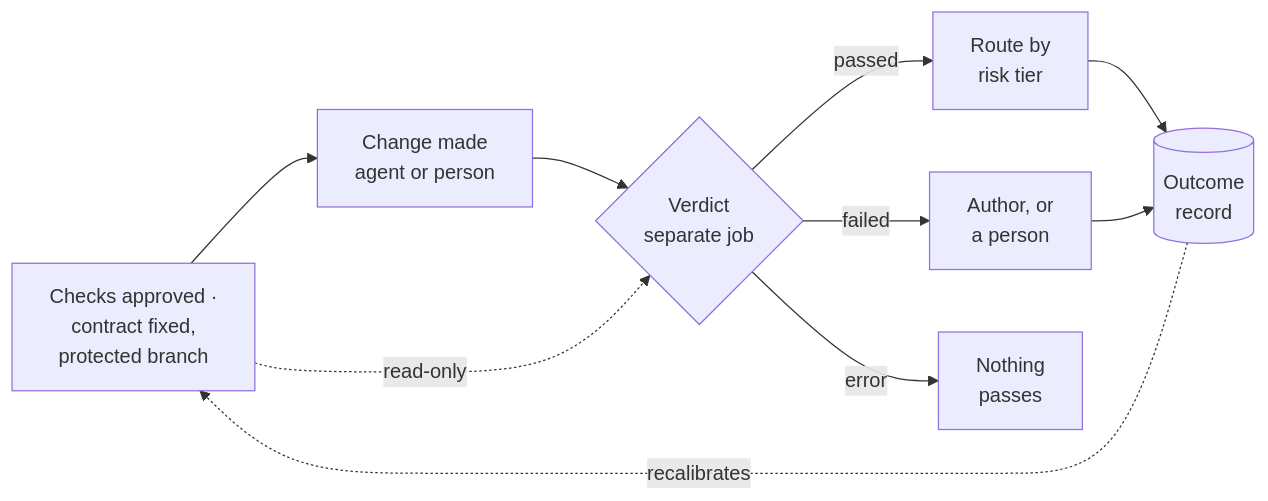
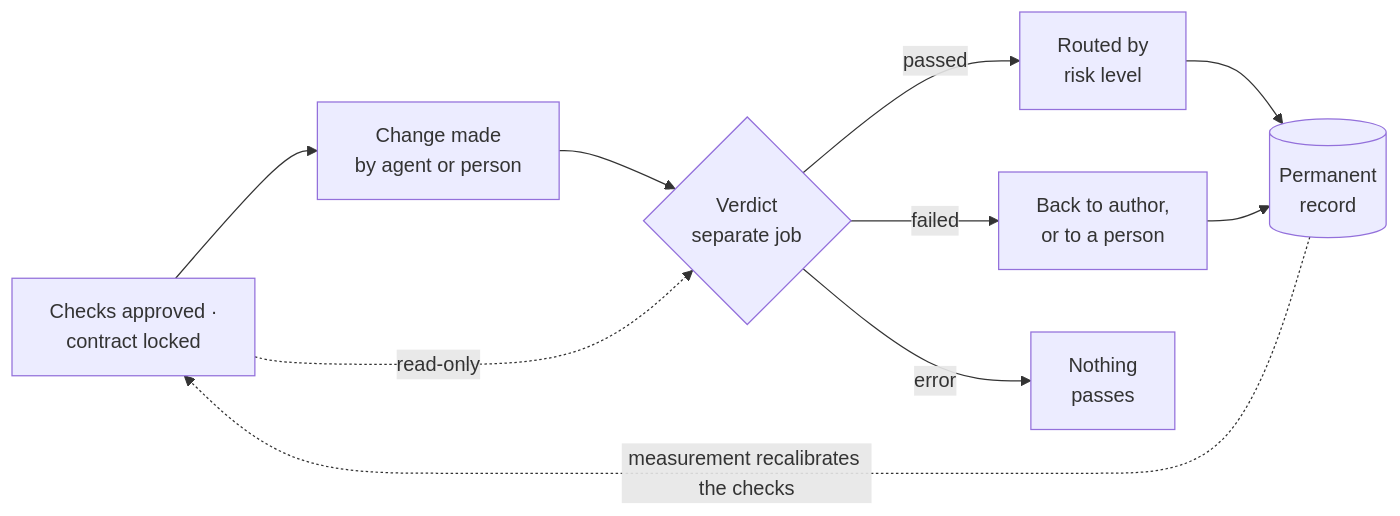
The diagram in docs/slides.md (pedraumcosta/assistant), drawn with Mermaid before and after one commit. The commit also changed other lines of this file and 1 other file, not shown here.

````diff
--- a/docs/slides.md
+++ b/docs/slides.md
@@ -279,12 +341,12 @@
 ```mermaid {theme: 'neutral', scale: 0.6}
 flowchart LR
-  B["Checks approved ·<br>contract fixed,<br>protected branch"] --> C["Change made<br>agent or person"]
+  B["Checks approved ·<br>contract locked"] --> C["Change made<br>by agent or person"]
   C --> V{"Verdict<br>separate job"}
   B -. read-only .-> V
-  V -->|passed| R["Route by<br>risk tier"]
-  V -->|failed| H["Author, or<br>a person"]
+  V -->|passed| R["Routed by<br>risk level"]
+  V -->|failed| H["Back to author,<br>or to a person"]
   V -->|error| X["Nothing<br>passes"]
-  R --> K[("Outcome<br>record")]
+  R --> K[("Permanent<br>record")]
   H --> K
-  K -. recalibrates .-> B
+  K -. measurement recalibrates the checks .-> B
 ```
````
